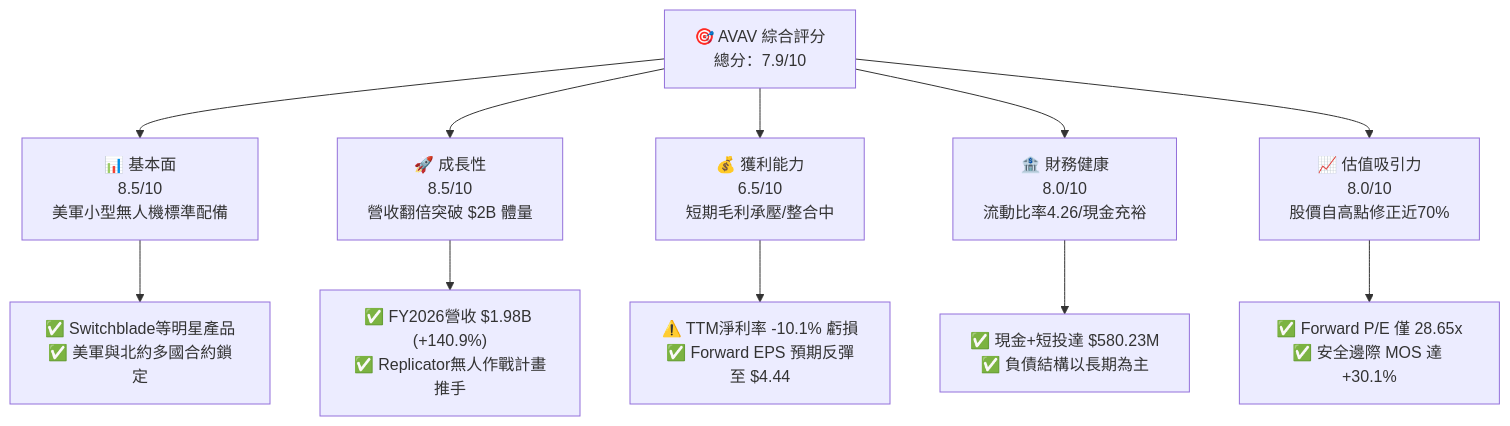
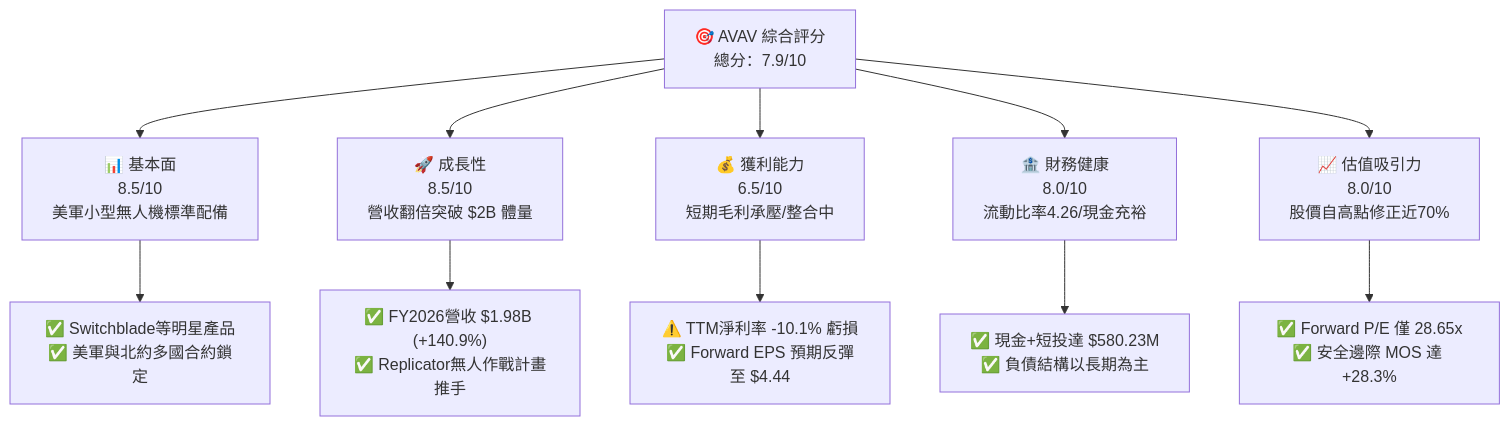
Before and after one commit to yennanliu/finance_data: the first of 15 diagrams in ai_gen_report/fundamental/avav/fundamental_analysis_2026-10-13_gemini-2.md, drawn with Mermaid. The commit also changed other lines of this file and 339 other files, not shown here.

````diff
--- a/ai_gen_report/fundamental/avav/fundamental_analysis_2026-10-13_gemini-2.md
+++ b/ai_gen_report/fundamental/avav/fundamental_analysis_2026-10-13_gemini-2.md
@@ -61,22 +68,22 @@
 ```mermaid
 graph TD
     AVAV["🎯 AVAV 綜合評分<br/>總分：7.9/10"]
 
     F["📊 基本面<br/>8.5/10<br/>美軍小型無人機標準配備"]
     G["🚀 成長性<br/>8.5/10<br/>營收翻倍突破 $2B 體量"]
     P["💰 獲利能力<br/>6.5/10<br/>短期毛利承壓/整合中"]
     B["🏦 財務健康<br/>8.0/10<br/>流動比率4.26/現金充裕"]
     V["📈 估值吸引力<br/>8.0/10<br/>股價自高點修正近70%"]
 
     AVAV --> F
     AVAV --> G
     AVAV --> P
     AVAV --> B
     AVAV --> V
 
     F --> F1["✅ Switchblade等明星產品<br/>✅ 美軍與北約多國合約鎖定"]
     G --> G1["✅ FY2026營收 $1.98B (+140.9%)<br/>✅ Replicator無人作戰計畫推手"]
     P --> P1["⚠️ TTM淨利率 -10.1% 虧損<br/>✅ Forward EPS 預期反彈至 $4.44"]
     B --> B1["✅ 現金+短投達 $580.23M<br/>✅ 負債結構以長期為主"]
-    V --> V1["✅ Forward P/E 僅 28.65x<br/>✅ 安全邊際 MOS 達 +30.1%"]
+    V --> V1["✅ Forward P/E 僅 28.65x<br/>✅ 安全邊際 MOS 達 +28.3%"]
 ```
````
